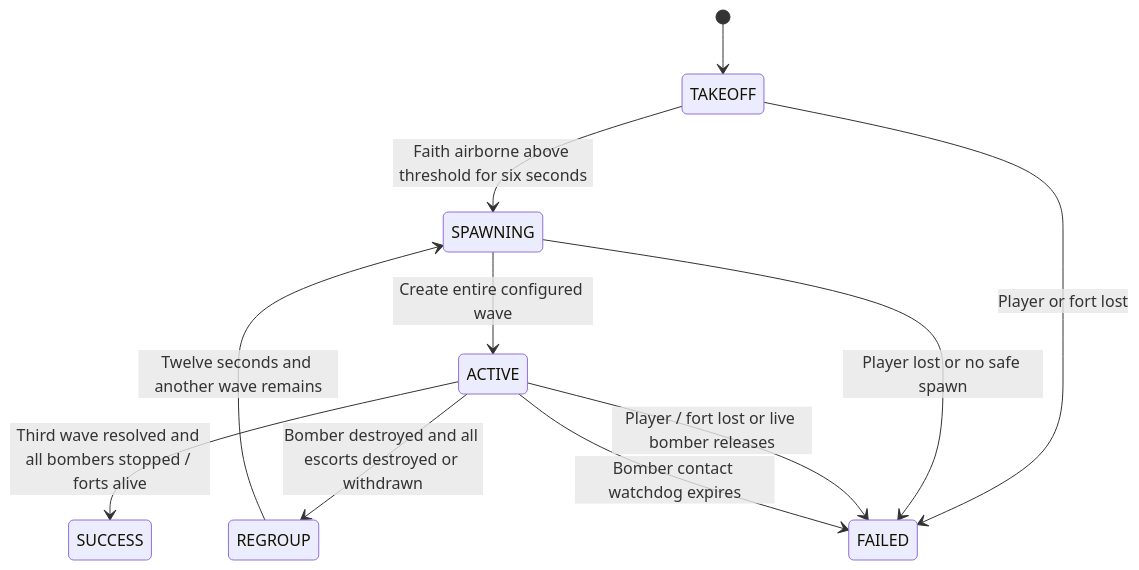
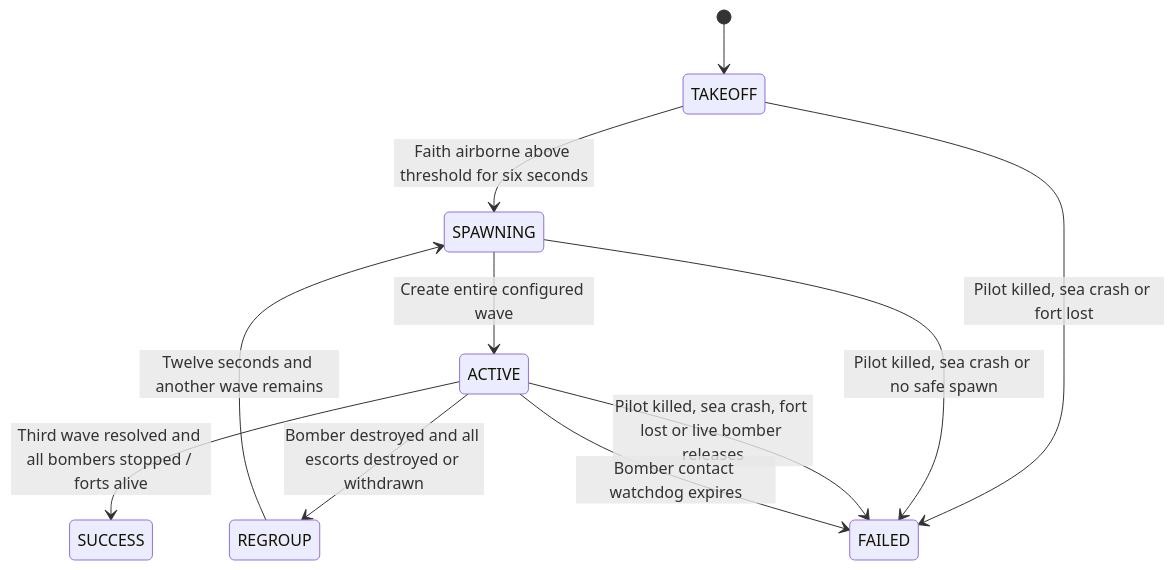
Before and after one commit to zelenski3398/codexproj1: the first of 2 diagrams in docs/harbour-interception.md, drawn with Mermaid. The commit also changed other lines of this file and 9 other files, not shown here.

````diff
--- a/docs/harbour-interception.md
+++ b/docs/harbour-interception.md
@@ -29,13 +31,13 @@
 ```mermaid
 stateDiagram-v2
     [*] --> TAKEOFF
     TAKEOFF --> SPAWNING: Faith airborne above threshold for six seconds
     SPAWNING --> ACTIVE: Create entire configured wave
     ACTIVE --> REGROUP: Bomber destroyed and all escorts destroyed or withdrawn
     REGROUP --> SPAWNING: Twelve seconds and another wave remains
     ACTIVE --> SUCCESS: Third wave resolved and all bombers stopped / forts alive
-    TAKEOFF --> FAILED: Player or fort lost
-    SPAWNING --> FAILED: Player lost or no safe spawn
-    ACTIVE --> FAILED: Player / fort lost or live bomber releases
+    TAKEOFF --> FAILED: Pilot killed, sea crash or fort lost
+    SPAWNING --> FAILED: Pilot killed, sea crash or no safe spawn
+    ACTIVE --> FAILED: Pilot killed, sea crash, fort lost or live bomber releases
     ACTIVE --> FAILED: Bomber contact watchdog expires
 ```
````
